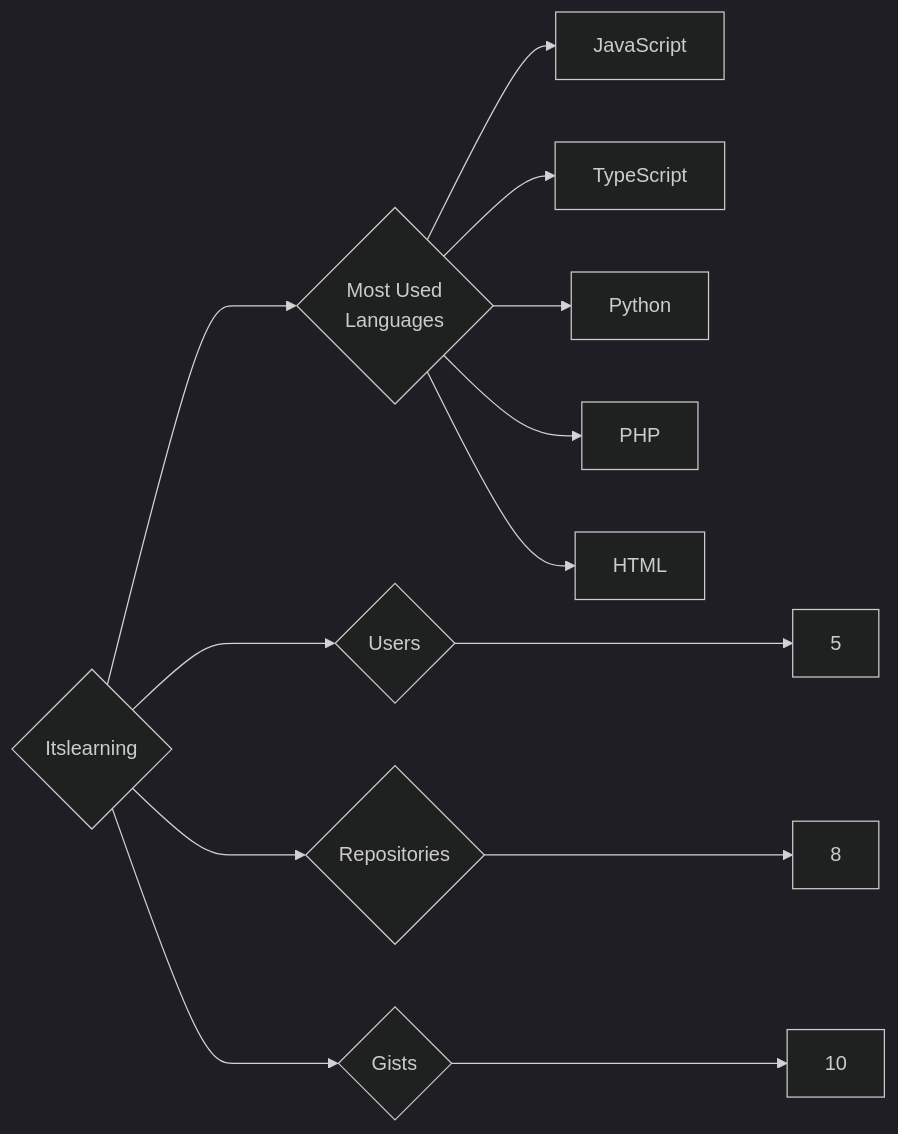
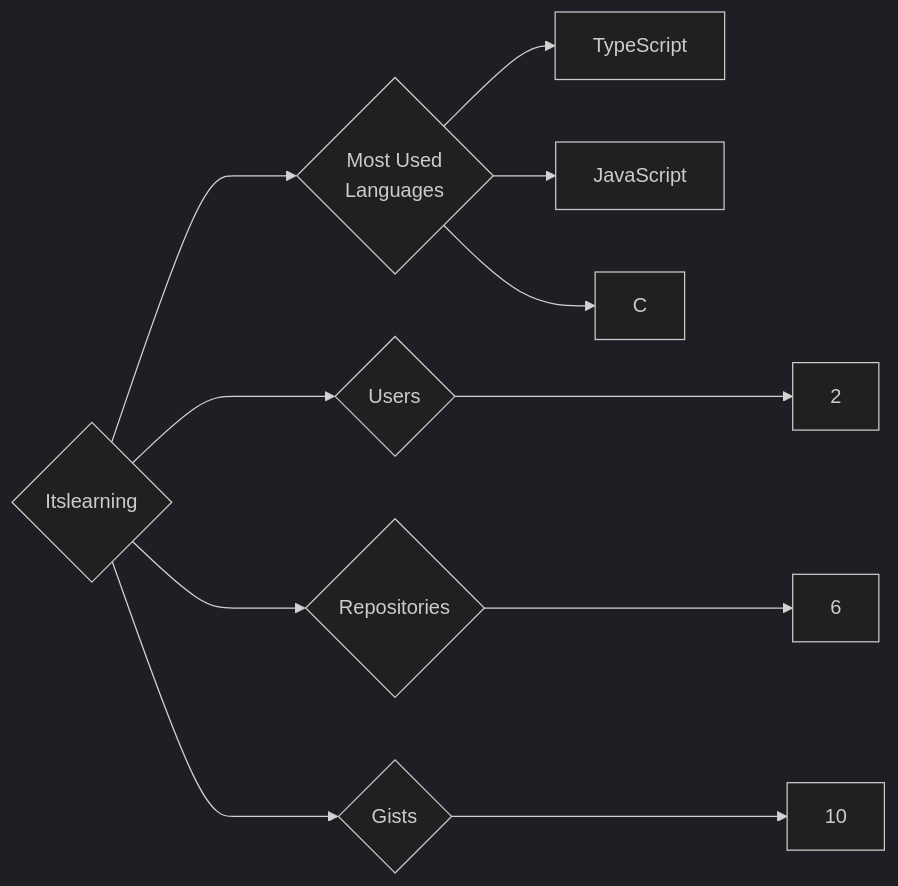
The diagram in targets/Itslearning/README.md (trickest/insiders), drawn with Mermaid (dark theme) before and after one commit. The commit also changed 837 other files, not shown here.

````diff
--- a/targets/Itslearning/README.md
+++ b/targets/Itslearning/README.md
@@ -3,13 +3,11 @@
 ```mermaid
 graph LR
 COMPANY_NAME{Itslearning}
-COMPANY_NAME ---> U{Users} ---> UN[5]
-COMPANY_NAME ---> R{Repositories} ---> RN[8]
+COMPANY_NAME ---> U{Users} ---> UN[2]
+COMPANY_NAME ---> R{Repositories} ---> RN[6]
 COMPANY_NAME ---> G{Gists} ---> GN[10]
 COMPANY_NAME ---> ML{Most Used<br>Languages}
+ML --> TypeScript[TypeScript]
 ML --> JavaScript[JavaScript]
-ML --> TypeScript[TypeScript]
-ML --> Python[Python]
-ML --> PHP[PHP]
-ML --> HTML[HTML]
+ML --> C[C]
 ```
````
